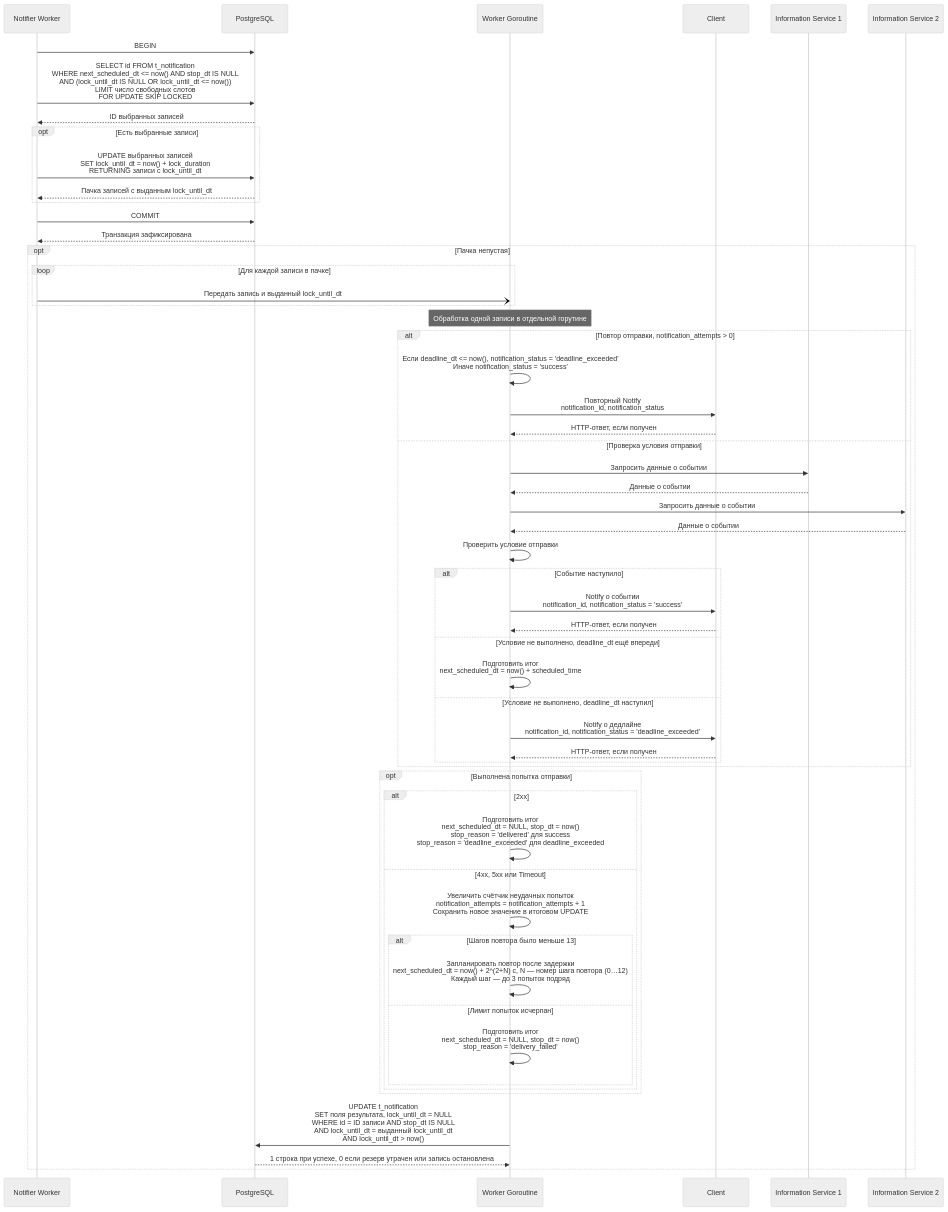
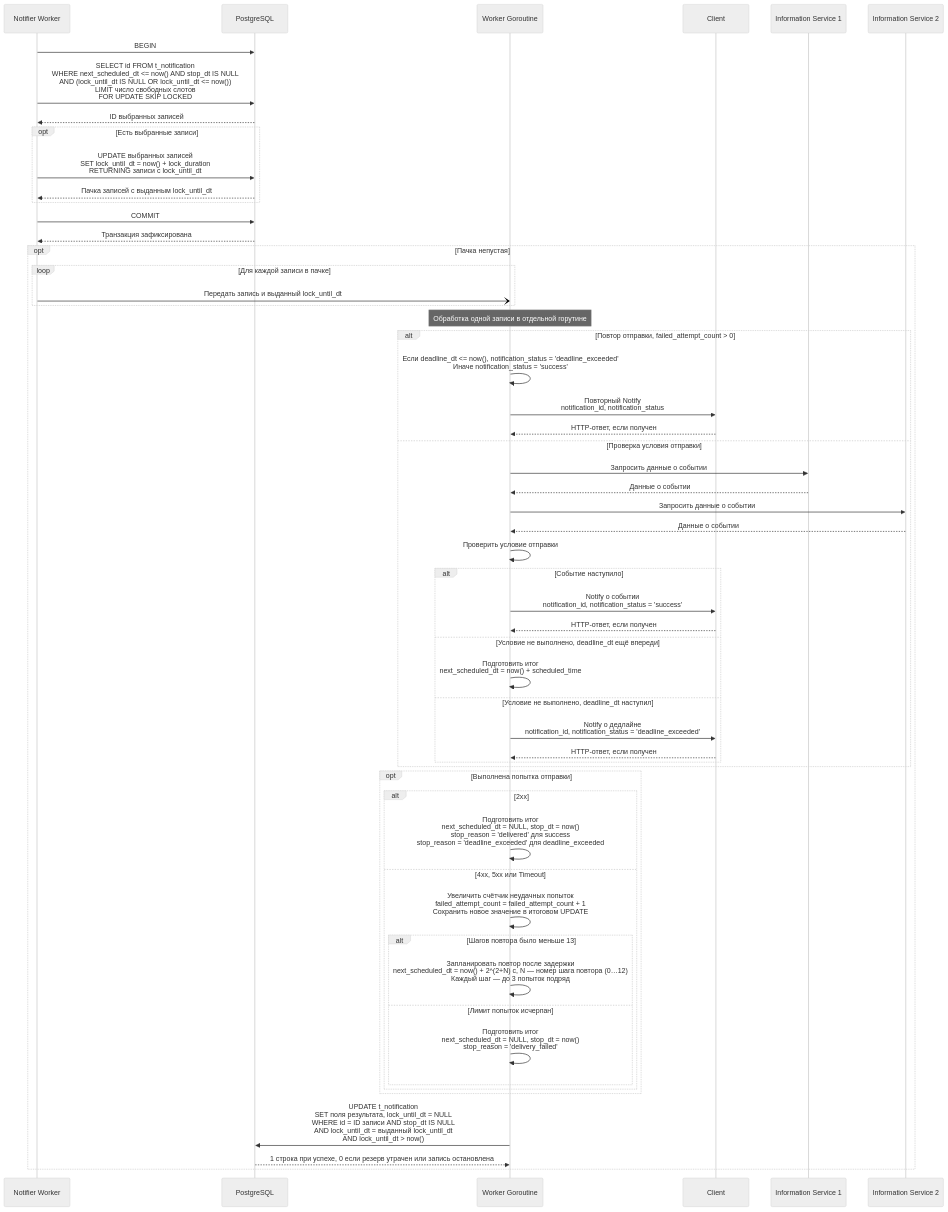
One commit to ssunshineguy/notifier changed the fifth of 6 diagrams in README.md. Above: the diagram before and after it, drawn with Mermaid (neutral theme). The commit also changed other lines of this file and 33 other files, not shown here.

````diff
--- a/README.md
+++ b/README.md
@@ -138,64 +138,64 @@
 ```mermaid
 sequenceDiagram
     participant W as Notifier Worker
     participant DB as PostgreSQL
     participant G as Worker Goroutine
     participant C as Client
     participant I1 as Information Service 1
     participant I2 as Information Service 2
 
     W->>DB: BEGIN
     W->>DB: SELECT id FROM t_notification<br/>WHERE next_scheduled_dt <= now() AND stop_dt IS NULL<br/>AND (lock_until_dt IS NULL OR lock_until_dt <= now())<br/>LIMIT число свободных слотов<br/>FOR UPDATE SKIP LOCKED
     DB-->>W: ID выбранных записей
     opt Есть выбранные записи
         W->>DB: UPDATE выбранных записей<br/>SET lock_until_dt = now() + lock_duration<br/>RETURNING записи с lock_until_dt
         DB-->>W: Пачка записей с выданным lock_until_dt
     end
     W->>DB: COMMIT
     DB-->>W: Транзакция зафиксирована
 
     opt Пачка непустая
         loop Для каждой записи в пачке
             W-)G: Передать запись и выданный lock_until_dt
         end
 
         Note over G: Обработка одной записи в отдельной горутине
-        alt Повтор отправки, notification_attempts > 0
+        alt Повтор отправки, failed_attempt_count > 0
             G->>G: Если deadline_dt <= now(), notification_status = 'deadline_exceeded'<br/>Иначе notification_status = 'success'
             G->>C: Повторный Notify<br/>notification_id, notification_status
             C-->>G: HTTP-ответ, если получен
         else Проверка условия отправки
             G->>I1: Запросить данные о событии
             I1-->>G: Данные о событии
             G->>I2: Запросить данные о событии
             I2-->>G: Данные о событии
             G->>G: Проверить условие отправки
 
             alt Событие наступило
                 G->>C: Notify о событии<br/>notification_id, notification_status = 'success'
                 C-->>G: HTTP-ответ, если получен
             else Условие не выполнено, deadline_dt ещё впереди
                 G->>G: Подготовить итог<br/>next_scheduled_dt = now() + scheduled_time
             else Условие не выполнено, deadline_dt наступил
                 G->>C: Notify о дедлайне<br/>notification_id, notification_status = 'deadline_exceeded'
                 C-->>G: HTTP-ответ, если получен
             end
         end
 
         opt Выполнена попытка отправки
             alt 2xx
                 G->>G: Подготовить итог<br/>next_scheduled_dt = NULL, stop_dt = now()<br/>stop_reason = 'delivered' для success<br/>stop_reason = 'deadline_exceeded' для deadline_exceeded
             else 4xx, 5xx или Timeout
-                G->>G: Увеличить счётчик неудачных попыток<br/>notification_attempts = notification_attempts + 1<br/>Сохранить новое значение в итоговом UPDATE
+                G->>G: Увеличить счётчик неудачных попыток<br/>failed_attempt_count = failed_attempt_count + 1<br/>Сохранить новое значение в итоговом UPDATE
                 alt Шагов повтора было меньше 13
                     G->>G: Запланировать повтор после задержки<br/>next_scheduled_dt = now() + 2^(2+N) с, N — номер шага повтора (0…12)<br/>Каждый шаг — до 3 попыток подряд
                 else Лимит попыток исчерпан
                     G->>G: Подготовить итог<br/>next_scheduled_dt = NULL, stop_dt = now()<br/>stop_reason = 'delivery_failed'
                 end
             end
         end
 
         G->>DB: UPDATE t_notification<br/>SET поля результата, lock_until_dt = NULL<br/>WHERE id = ID записи AND stop_dt IS NULL<br/>AND lock_until_dt = выданный lock_until_dt<br/>AND lock_until_dt > now()
         DB-->>G: 1 строка при успехе, 0 если резерв утрачен или запись остановлена
     end
 ```
````
